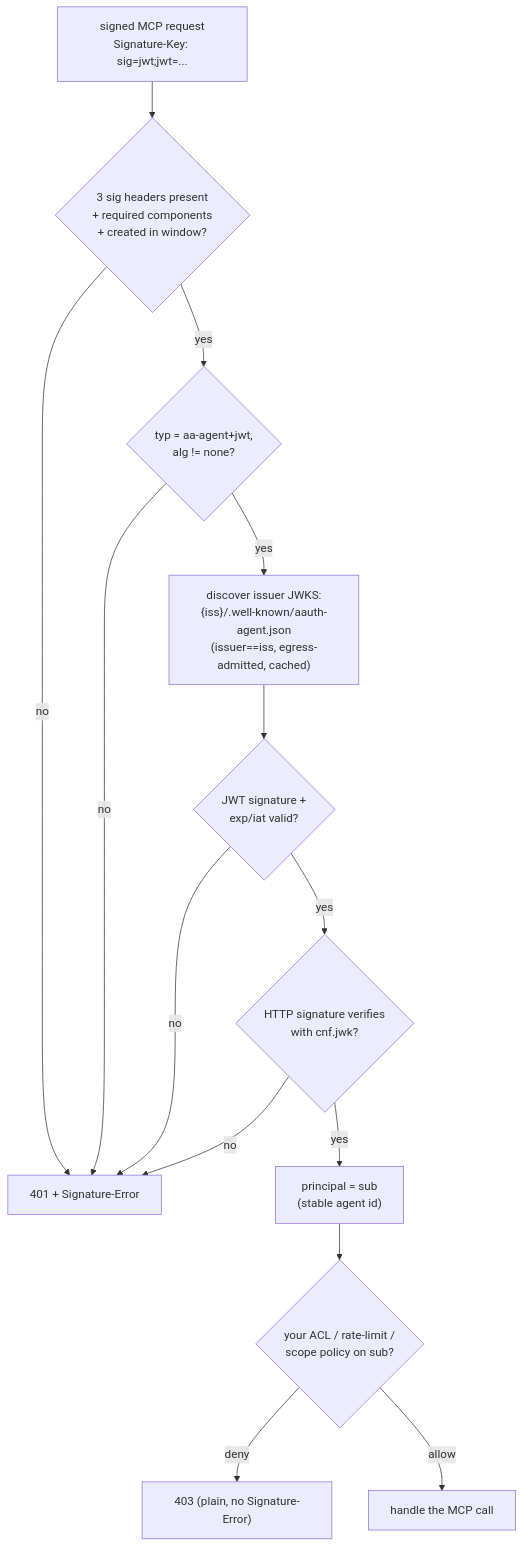
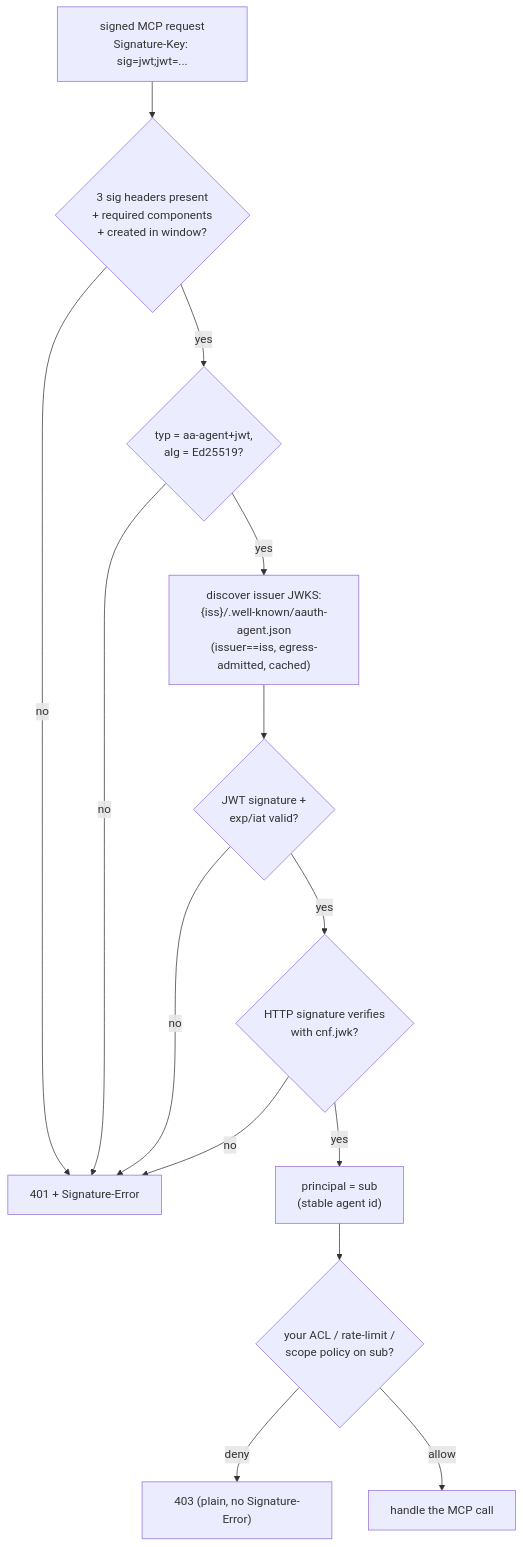
The second of 2 diagrams in docs/guide-mcp-server-auth.md (AgentProvider/source-code), drawn with Mermaid before and after one commit. The commit also changed other lines of this file and 26 other files, not shown here.

````diff
--- a/docs/guide-mcp-server-auth.md
+++ b/docs/guide-mcp-server-auth.md
@@ -44,16 +44,16 @@
 ```mermaid
 flowchart TD
     REQ["signed MCP request<br/>Signature-Key: sig=jwt;jwt=..."] --> HDRS{"3 sig headers present<br/>+ required components<br/>+ created in window?"}
     HDRS -->|no| E401["401 + Signature-Error"]
-    HDRS -->|yes| TYP{"typ = aa-agent+jwt,<br/>alg != none?"}
+    HDRS -->|yes| TYP{"typ = aa-agent+jwt,<br/>alg = Ed25519?"}
     TYP -->|no| E401
     TYP -->|yes| JWKS["discover issuer JWKS:<br/>{iss}/.well-known/aauth-agent.json<br/>(issuer==iss, egress-admitted, cached)"]
     JWKS --> VJWT{"JWT signature +<br/>exp/iat valid?"}
     VJWT -->|no| E401
     VJWT -->|yes| VSIG{"HTTP signature verifies<br/>with cnf.jwk?"}
     VSIG -->|no| E401
     VSIG -->|yes| PRIN["principal = sub<br/>(stable agent id)"]
     PRIN --> POL{"your ACL / rate-limit /<br/>scope policy on sub?"}
     POL -->|deny| E403["403 (plain, no Signature-Error)"]
     POL -->|allow| OK["handle the MCP call"]
 ```
````
